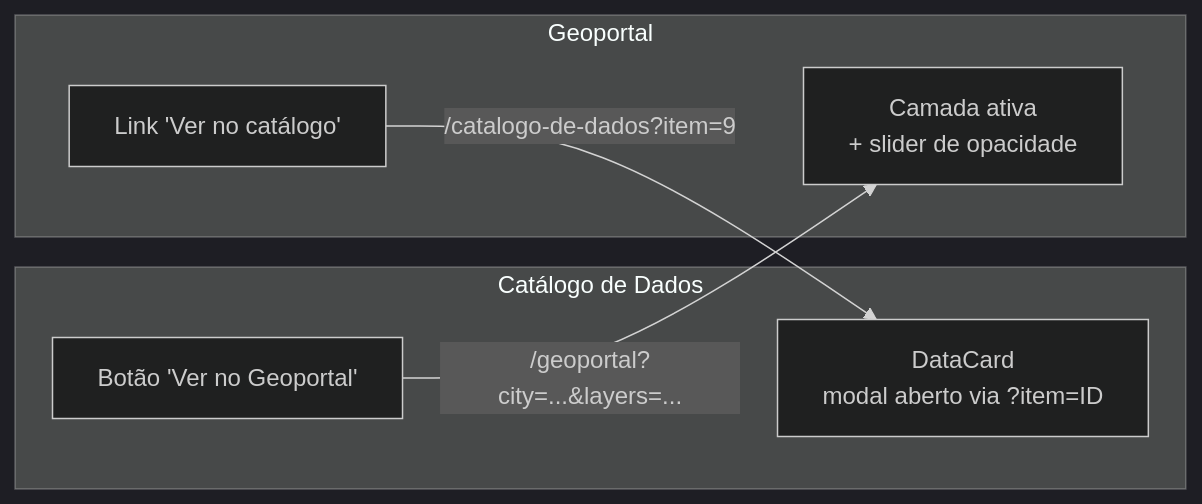
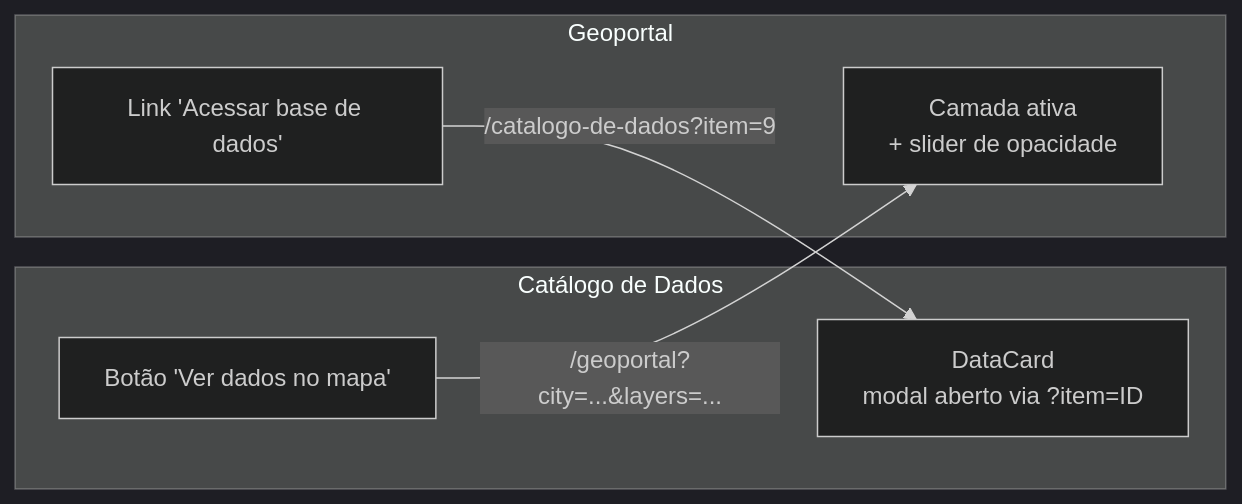
The diagram in docs/INDEX.md (portalcidados/portal-cidados), drawn with Mermaid (dark theme) before and after one commit. The commit also changed 5 other files, not shown here.

````diff
--- a/docs/INDEX.md
+++ b/docs/INDEX.md
@@ -76,15 +76,15 @@
 ```mermaid
 graph LR
     subgraph "Catálogo de Dados"
         C["DataCard\nmodal aberto via ?item=ID"]
-        CB["Botão 'Ver no Geoportal'"]
+        CB["Botão 'Ver dados no mapa'"]
     end
 
     subgraph "Geoportal"
         G["Camada ativa\n+ slider de opacidade"]
-        GL["Link 'Ver no catálogo'"]
+        GL["Link 'Acessar base de dados'"]
     end
 
     GL -->|"/catalogo-de-dados?item=9"| C
     CB -->|"/geoportal?city=...&layers=..."| G
 ```
````
